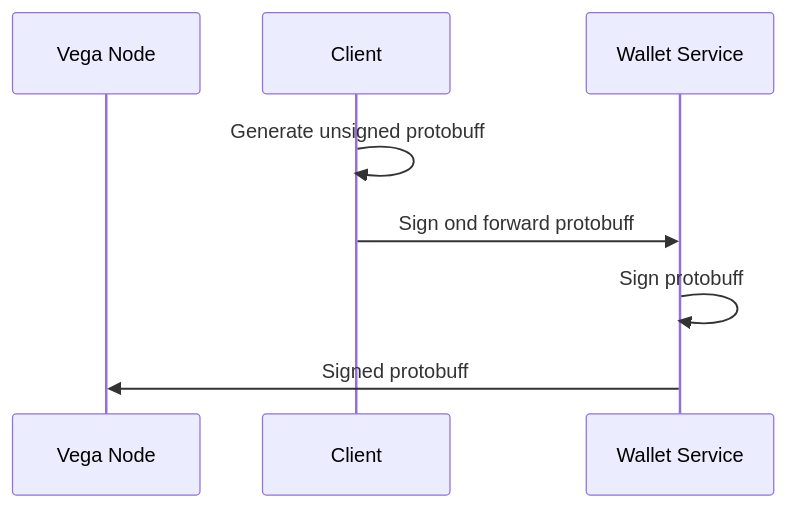
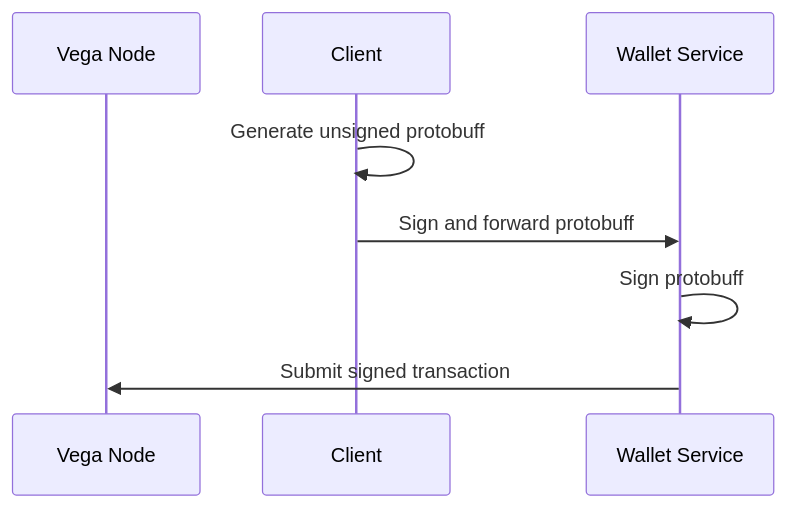
Before and after one commit to vegaprotocol/vega: the third of 4 diagrams in design/authentication-and-signing.md, drawn with Mermaid. The commit also changed other lines of this file, not shown here.

Commit message:
Restructure document to emphasise local running of a wallet

````diff
--- a/design/authentication-and-signing.md
+++ b/design/authentication-and-signing.md
@@ -52,11 +55,11 @@
 ```mermaid
 sequenceDiagram
     participant Vega Node
     participant Client
     participant Wallet Service
 
 	Client->>Client: Generate unsigned protobuff
-	Client->>Wallet Service: Sign ond forward protobuff
+	Client->>Wallet Service: Sign and forward protobuff
 	Wallet Service->>Wallet Service: Sign protobuff 
-	Wallet Service->>Vega Node: Signed protobuff 
+	Wallet Service->>Vega Node: Submit signed transaction
 ```					
````
